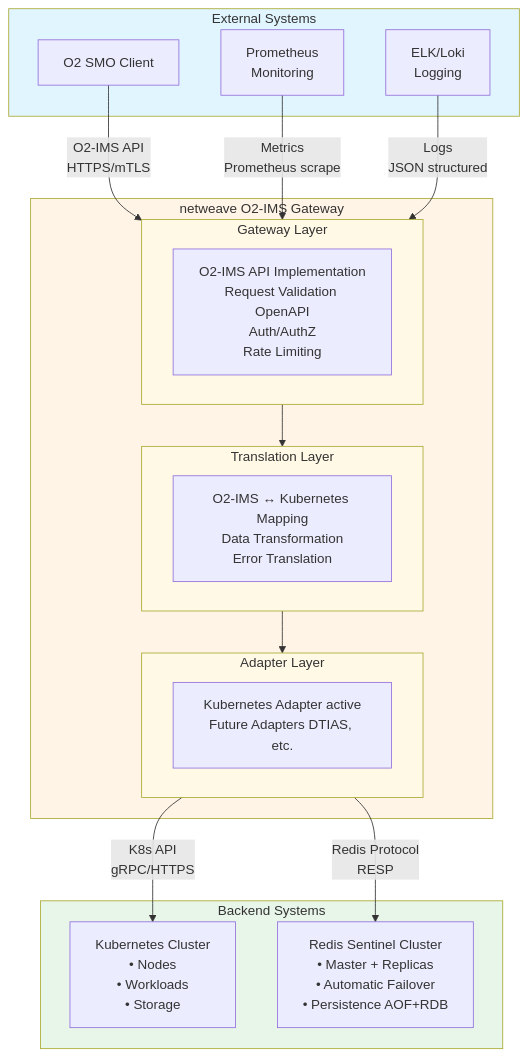
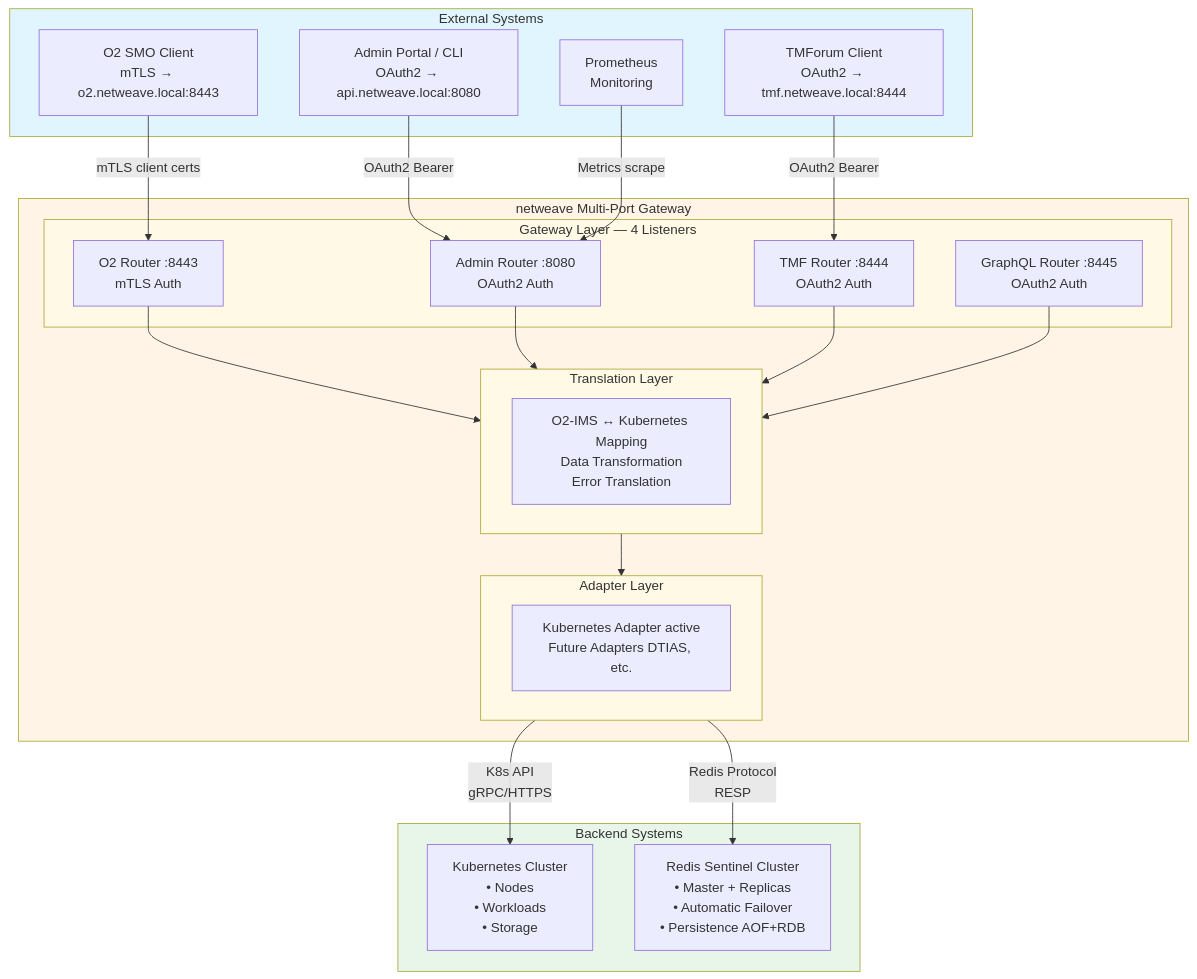
One commit to piwi3910/netweave changed the diagram in docs/architecture/system-overview.md. Above: the diagram before and after it, drawn with Mermaid. The commit also changed other lines of this file and 7 other files, not shown here.

First line of the commit message:
[Docs] Update documentation for multi-port gateway architecture

````diff
--- a/docs/architecture/system-overview.md
+++ b/docs/architecture/system-overview.md
@@ -16,42 +16,50 @@
 ```mermaid
 graph TB
     subgraph External [External Systems]
-        SMO[O2 SMO Client]
+        SMO[O2 SMO Client<br/>mTLS → o2.netweave.local:8443]
+        Admin[Admin Portal / CLI<br/>OAuth2 → api.netweave.local:8080]
+        TMF[TMForum Client<br/>OAuth2 → tmf.netweave.local:8444]
         Prom[Prometheus<br/>Monitoring]
-        Logging[ELK/Loki<br/>Logging]
     end
 
-    subgraph Gateway [netweave O2-IMS Gateway]
-        subgraph GWLayer [Gateway Layer]
-            API[O2-IMS API Implementation<br/>Request Validation OpenAPI<br/>Auth/AuthZ<br/>Rate Limiting]
+    subgraph Gateway [netweave Multi-Port Gateway]
+        subgraph GWLayer [Gateway Layer — 4 Listeners]
+            O2Port[O2 Router :8443<br/>mTLS Auth]
+            AdminPort[Admin Router :8080<br/>OAuth2 Auth]
+            TMFPort[TMF Router :8444<br/>OAuth2 Auth]
+            GQLPort[GraphQL Router :8445<br/>OAuth2 Auth]
         end
         subgraph TransLayer [Translation Layer]
             Trans[O2-IMS ↔ Kubernetes Mapping<br/>Data Transformation<br/>Error Translation]
         end
         subgraph AdapterLayer [Adapter Layer]
             Adapters[Kubernetes Adapter active<br/>Future Adapters DTIAS, etc.]
         end
     end
 
     subgraph Backend [Backend Systems]
         K8s[Kubernetes Cluster<br/>• Nodes<br/>• Workloads<br/>• Storage]
         Redis[Redis Sentinel Cluster<br/>• Master + Replicas<br/>• Automatic Failover<br/>• Persistence AOF+RDB]
     end
 
-    SMO -->|O2-IMS API<br/>HTTPS/mTLS| GWLayer
-    Prom -->|Metrics<br/>Prometheus scrape| GWLayer
-    Logging -->|Logs<br/>JSON structured| GWLayer
+    SMO -->|mTLS client certs| O2Port
+    Admin -->|OAuth2 Bearer| AdminPort
+    TMF -->|OAuth2 Bearer| TMFPort
+    Prom -->|Metrics scrape| AdminPort
 
-    GWLayer --> TransLayer
+    O2Port --> TransLayer
+    AdminPort --> TransLayer
+    TMFPort --> TransLayer
+    GQLPort --> TransLayer
     TransLayer --> AdapterLayer
 
     AdapterLayer -->|K8s API<br/>gRPC/HTTPS| K8s
     AdapterLayer -->|Redis Protocol<br/>RESP| Redis
 
     style External fill:#e1f5ff
     style Gateway fill:#fff4e6
     style Backend fill:#e8f5e9
     style GWLayer fill:#fff9e6
     style TransLayer fill:#fff9e6
     style AdapterLayer fill:#fff9e6
 ```
````
